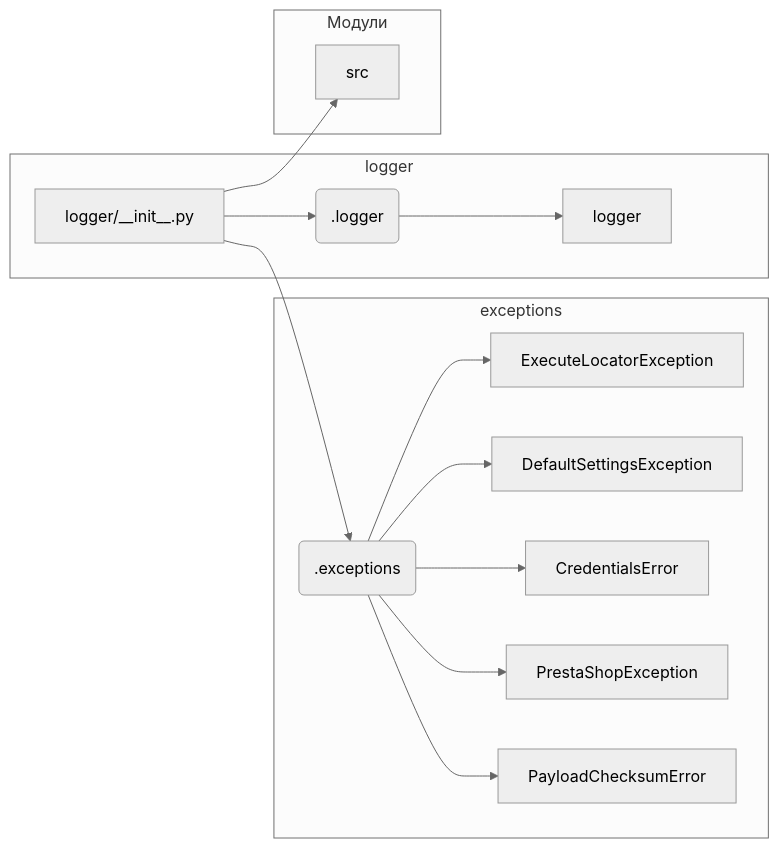
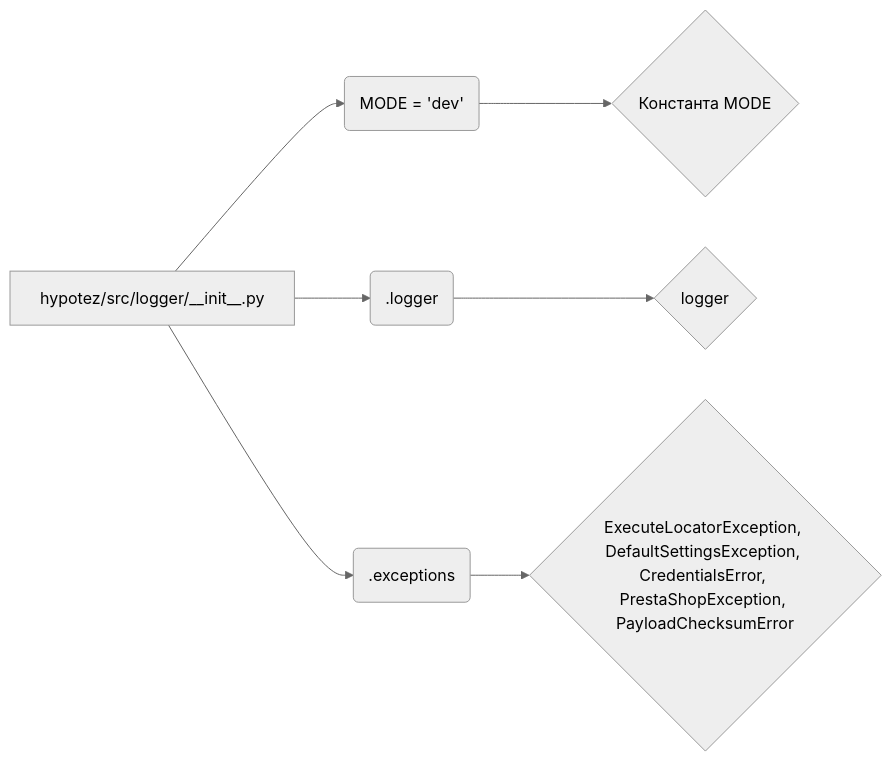
Before and after one commit to hypo69/hypo: the diagram in docs/gemini/ru/explainer/src/logger/__init__.md, drawn with Mermaid (neutral theme). The commit also changed other lines of this file and 877 other files, not shown here.

````diff
--- a/docs/gemini/ru/explainer/src/logger/__init__.md
+++ b/docs/gemini/ru/explainer/src/logger/__init__.md
@@ -54,20 +41,9 @@
 ```mermaid
 graph LR
-    subgraph "logger"
-        A[logger/__init__.py] --> B(.logger);
-        B --> C[logger];
-    end
-    subgraph "exceptions"
-        A --> D(.exceptions);
-        D --> E[ExecuteLocatorException];
-        D --> F[DefaultSettingsException];
-        D --> G[CredentialsError];
-        D --> H[PrestaShopException];
-        D --> I[PayloadChecksumError];
-    end
-    subgraph "Модули"
-        A --> J[src];
-    end
-
-
+    A[hypotez/src/logger/__init__.py] --> B(MODE = 'dev');
+    A --> C(.logger);
+    A --> D(.exceptions);
+    B --> E{Константа MODE};
+    C --> F{logger};
+    D --> G{ExecuteLocatorException, DefaultSettingsException, CredentialsError, PrestaShopException, PayloadChecksumError};
 ```
````
